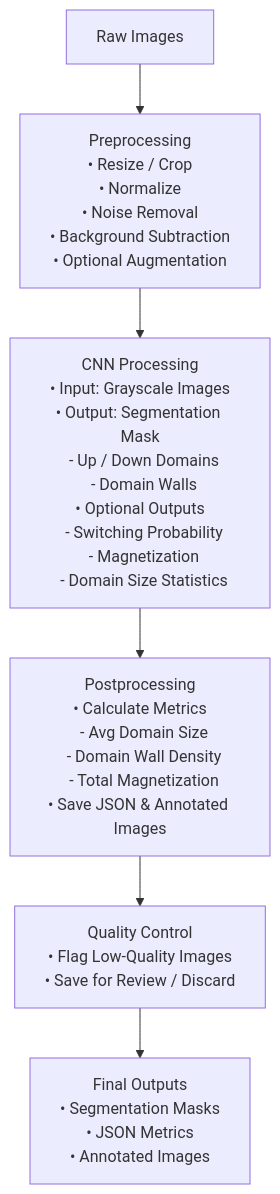
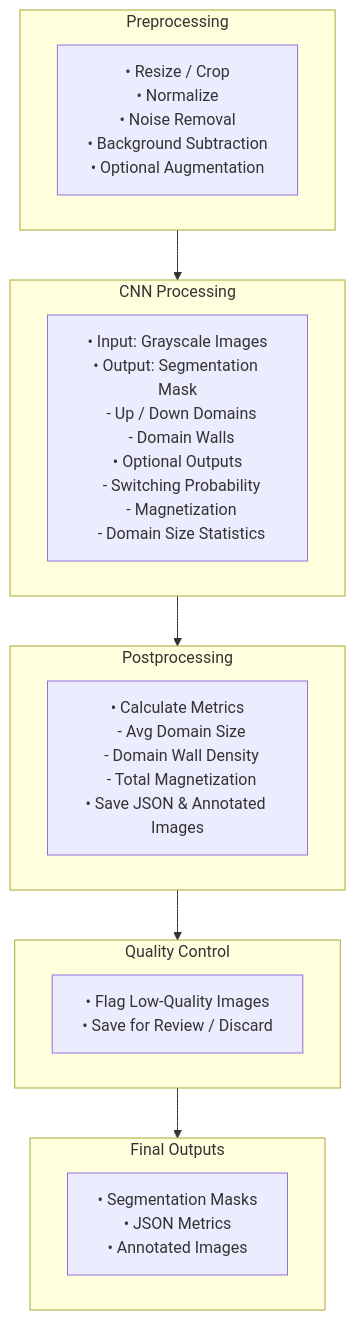
Before and after one commit to standaniels2003-stack/Magneto-Optical-Microsope: the diagram in Notes/Ideas.md, drawn with Mermaid.

````diff
--- a/Notes/Ideas.md
+++ b/Notes/Ideas.md
@@ -15,8 +15,27 @@
 ```mermaid
 flowchart TD
-    A[Raw Images] --> B[Preprocessing\n• Resize / Crop\n• Normalize\n• Noise Removal\n• Background Subtraction\n• Optional Augmentation]
-    B --> C[CNN Processing\n• Input: Grayscale Images\n• Output: Segmentation Mask\n  - Up / Down Domains\n  - Domain Walls\n• Optional Outputs\n  - Switching Probability\n  - Magnetization\n  - Domain Size Statistics]
-    C --> D[Postprocessing\n• Calculate Metrics\n  - Avg Domain Size\n  - Domain Wall Density\n  - Total Magnetization\n• Save JSON & Annotated Images]
-    D --> E[Quality Control\n• Flag Low-Quality Images\n• Save for Review / Discard]
-    E --> F[Final Outputs\n• Segmentation Masks\n• JSON Metrics\n• Annotated Images]
+    subgraph A [Preprocessing]
+        A1[• Resize / Crop<br>• Normalize<br>• Noise Removal<br>• Background Subtraction<br>• Optional Augmentation]
+    end
+
+    subgraph B [CNN Processing]
+        B1[• Input: Grayscale Images<br>• Output: Segmentation Mask<br>  - Up / Down Domains<br>  - Domain Walls<br>• Optional Outputs<br>  - Switching Probability<br>  - Magnetization<br>  - Domain Size Statistics]
+    end
+
+    subgraph C [Postprocessing]
+        C1[• Calculate Metrics<br>  - Avg Domain Size<br>  - Domain Wall Density<br>  - Total Magnetization<br>• Save JSON & Annotated Images]
+    end
+
+    subgraph D [Quality Control]
+        D1[• Flag Low-Quality Images<br>• Save for Review / Discard]
+    end
+
+    subgraph E [Final Outputs]
+        E1[• Segmentation Masks<br>• JSON Metrics<br>• Annotated Images]
+    end
+
+    A --> B
+    B --> C
+    C --> D
+    D --> E
 ```
````
